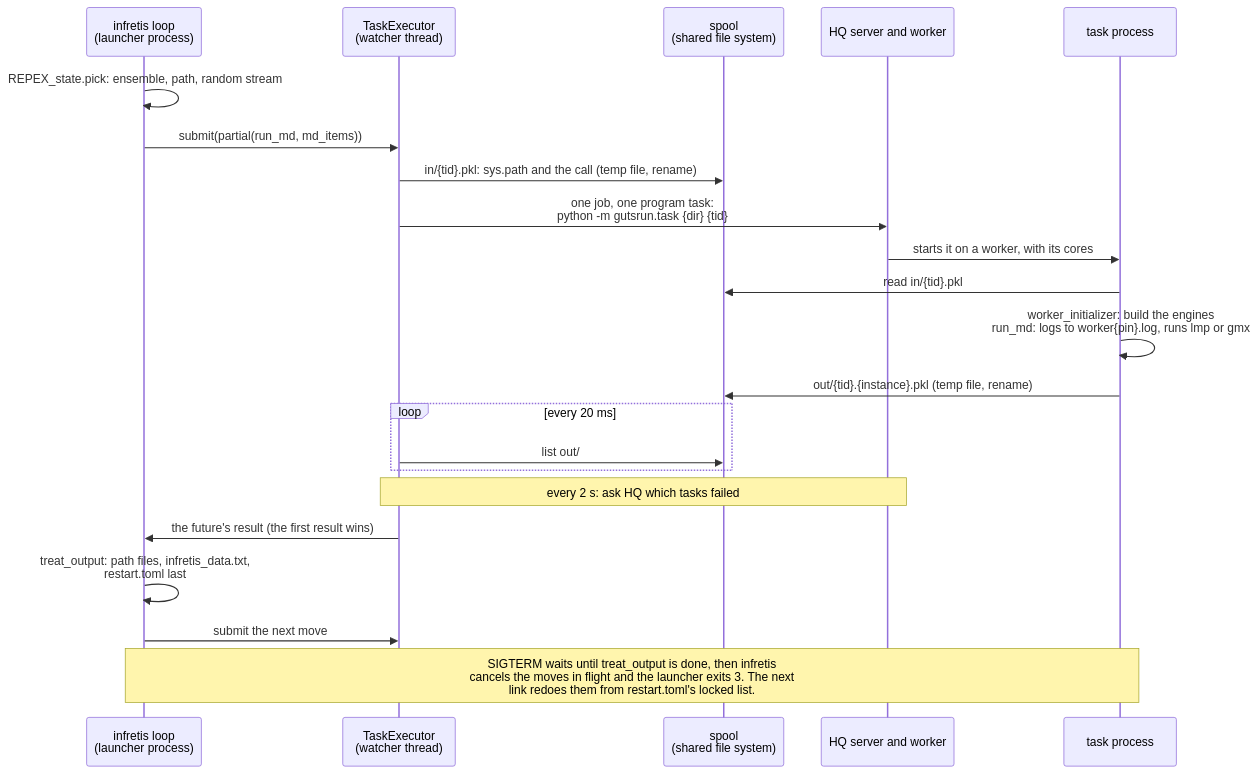
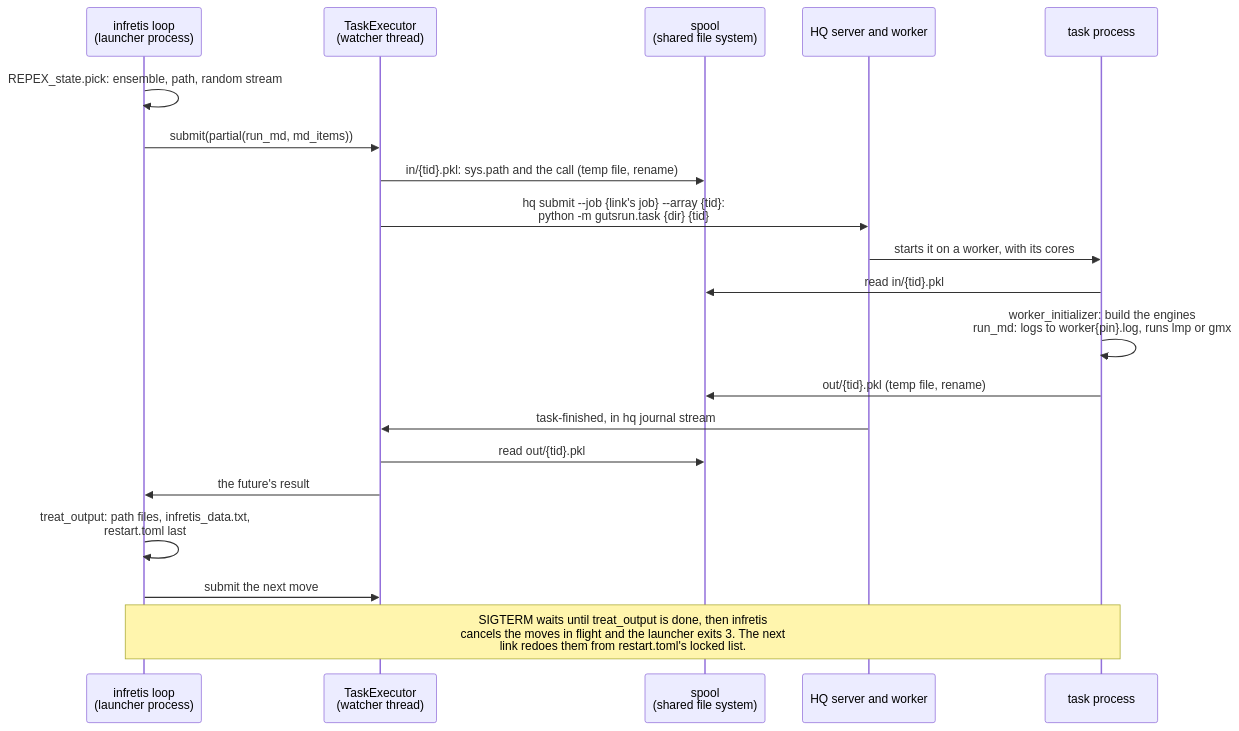
The third of 3 diagrams in DEVELOPMENT.md (GUTSframework/infretis_hyperqueue), drawn with Mermaid before and after one commit. The commit also changed other lines of this file and 22 other files, not shown here.

````diff
--- a/DEVELOPMENT.md
+++ b/DEVELOPMENT.md
@@ -127,25 +128,23 @@
 ```mermaid
 sequenceDiagram
     participant R as infretis loop<br/>(launcher process)
     participant X as TaskExecutor<br/>(watcher thread)
     participant S as spool<br/>(shared file system)
     participant H as HQ server and worker
     participant T as task process
 
     R->>R: REPEX_state.pick: ensemble, path, random stream
     R->>X: submit(partial(run_md, md_items))
     X->>S: in/{tid}.pkl: sys.path and the call (temp file, rename)
-    X->>H: one job, one program task:<br/>python -m gutsrun.task {dir} {tid}
+    X->>H: hq submit --job {link's job} --array {tid}:<br/>python -m gutsrun.task {dir} {tid}
     H->>T: starts it on a worker, with its cores
     T->>S: read in/{tid}.pkl
     T->>T: worker_initializer: build the engines<br/>run_md: logs to worker{pin}.log, runs lmp or gmx
-    T->>S: out/{tid}.{instance}.pkl (temp file, rename)
-    loop every 20 ms
-        X->>S: list out/
-    end
-    Note over X,H: every 2 s: ask HQ which tasks failed
-    X->>R: the future's result (the first result wins)
+    T->>S: out/{tid}.pkl (temp file, rename)
+    H->>X: task-finished, in hq journal stream
+    X->>S: read out/{tid}.pkl
+    X->>R: the future's result
     R->>R: treat_output: path files, infretis_data.txt,<br/>restart.toml last
     R->>X: submit the next move
     Note over R,T: SIGTERM waits until treat_output is done, then infretis<br/>cancels the moves in flight and the launcher exits 3. The next<br/>link redoes them from restart.toml's locked list.
 ```
````
